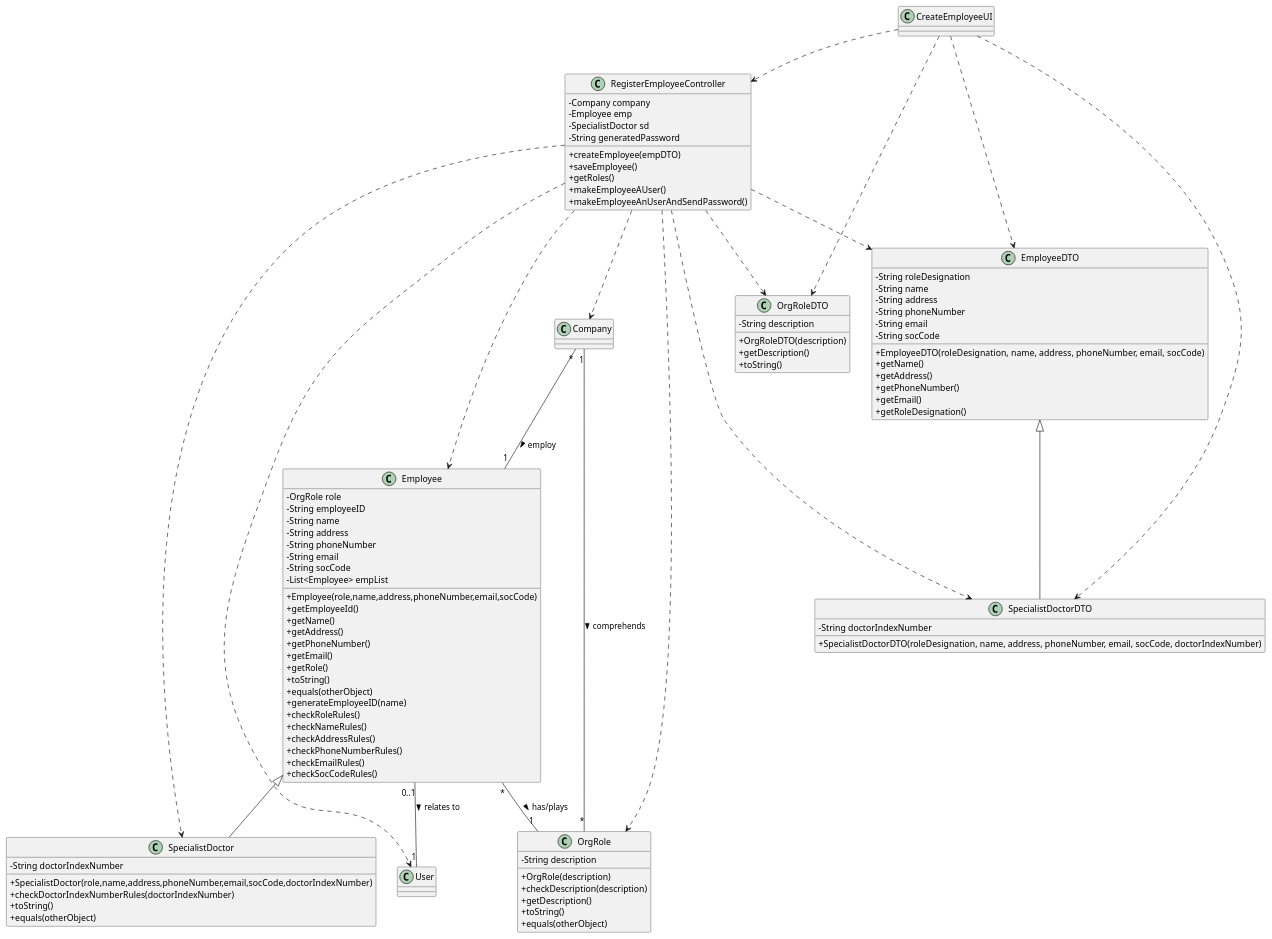
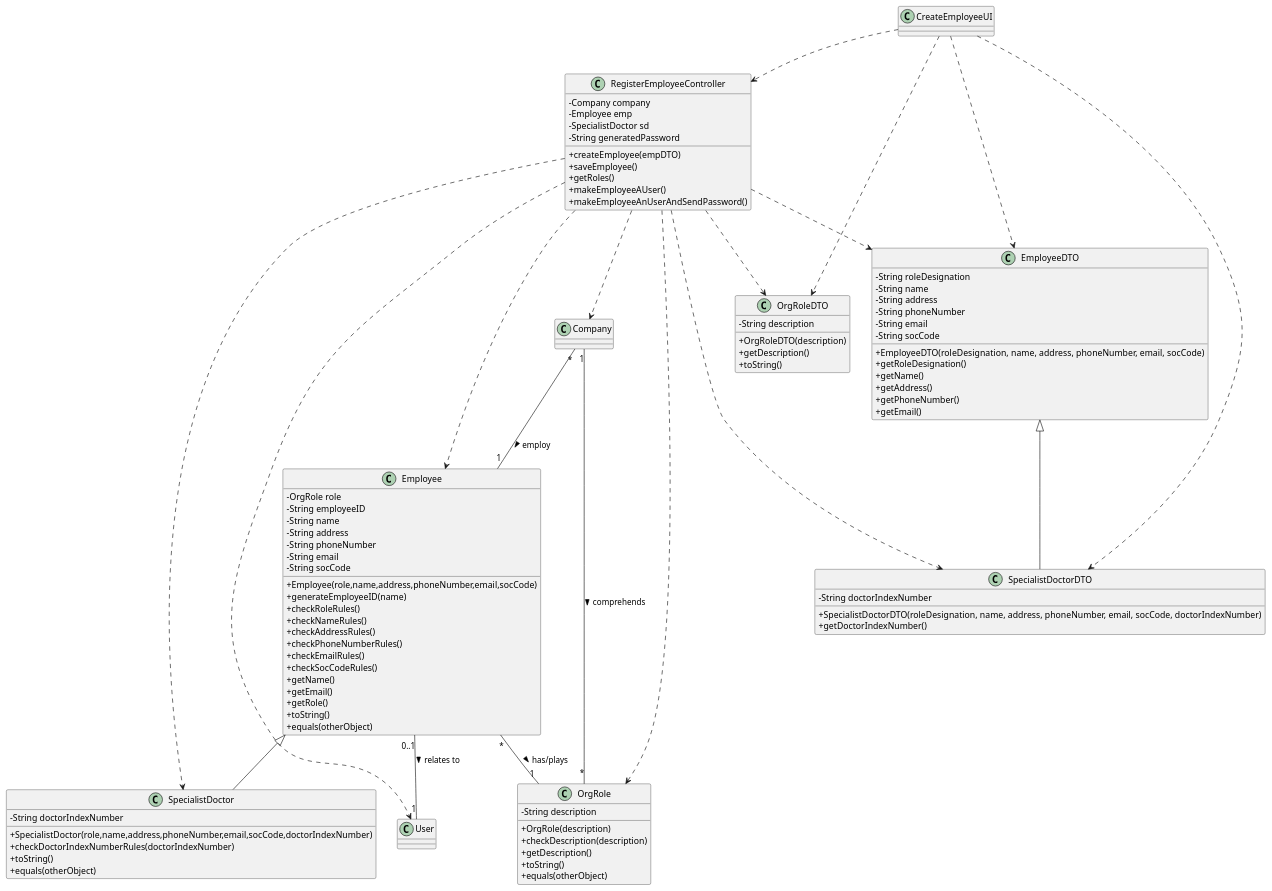
The diagram in docs/SprintB/US_7/US7_CD.puml (ana-albergaria/LAPR2-ISEP), drawn with PlantUML before and after one commit. The commit also changed 1 other file, not shown here.

```diff
--- a/docs/SprintB/US_7/US7_CD.puml
+++ b/docs/SprintB/US_7/US7_CD.puml
@@ -1,118 +1,113 @@
 @startuml
 skinparam classAttributeIconSize 0
 
 class CreateEmployeeUI {
 }
 
 class RegisterEmployeeController {
 -Company company
 -Employee emp
 -SpecialistDoctor sd
 -String generatedPassword
 +createEmployee(empDTO)
 +saveEmployee()
 +getRoles()
 +makeEmployeeAUser()
 +makeEmployeeAnUserAndSendPassword()
 }
 
 class Employee {
 -OrgRole role
 -String employeeID
 -String name
 -String address
 -String phoneNumber
 -String email
 -String socCode
--List<Employee> empList
 +Employee(role,name,address,phoneNumber,email,socCode)
-+getEmployeeId()
-+getName()
-+getAddress()
-+getPhoneNumber()
-+getEmail()
-+getRole()
-+toString()
-+equals(otherObject)
 +generateEmployeeID(name)
 +checkRoleRules()
 +checkNameRules()
 +checkAddressRules()
 +checkPhoneNumberRules()
 +checkEmailRules()
 +checkSocCodeRules()
-
-
++getName()
++getEmail()
++getRole()
++toString()
++equals(otherObject)
 }
 
 class SpecialistDoctor {
 -String doctorIndexNumber
 +SpecialistDoctor(role,name,address,phoneNumber,email,socCode,doctorIndexNumber)
 +checkDoctorIndexNumberRules(doctorIndexNumber)
 +toString()
 +equals(otherObject)
 }
 
 class OrgRole {
 -String description
 +OrgRole(description)
 +checkDescription(description)
 +getDescription()
 +toString()
 +equals(otherObject)
 }
 
 class OrgRoleDTO {
 -String description
 +OrgRoleDTO(description)
 +getDescription()
 +toString()
 }
 
 class EmployeeDTO {
 -String roleDesignation
 -String name
 -String address
 -String phoneNumber
 -String email
 -String socCode
 +EmployeeDTO(roleDesignation, name, address, phoneNumber, email, socCode)
++getRoleDesignation()
 +getName()
 +getAddress()
 +getPhoneNumber()
 +getEmail()
-+getRoleDesignation()
 }
 
 class SpecialistDoctorDTO {
 -String doctorIndexNumber
 +SpecialistDoctorDTO(roleDesignation, name, address, phoneNumber, email, socCode, doctorIndexNumber)
++getDoctorIndexNumber()
 }
 
 class User {
 }
 
 CreateEmployeeUI ..> RegisterEmployeeController
 Employee <|-- SpecialistDoctor
 RegisterEmployeeController ..> Employee
 RegisterEmployeeController ..> SpecialistDoctor
 CreateEmployeeUI ..> EmployeeDTO
 CreateEmployeeUI ..> SpecialistDoctorDTO
 RegisterEmployeeController ..> EmployeeDTO
 RegisterEmployeeController ..> SpecialistDoctorDTO
 RegisterEmployeeController ..> OrgRoleDTO
 CreateEmployeeUI ..> OrgRoleDTO
 RegisterEmployeeController ..> Company
 RegisterEmployeeController ..> OrgRole
 
 EmployeeDTO <|-- SpecialistDoctorDTO
 
 Employee "*" -- "1" OrgRole : has/plays >
 Company "1" -- "*" OrgRole : comprehends >
 Company "*" -- "1" Employee : employ >
 Employee "0..1" -- "1" User : relates to >
 
 RegisterEmployeeController ..> User
 
 
 @enduml
```
